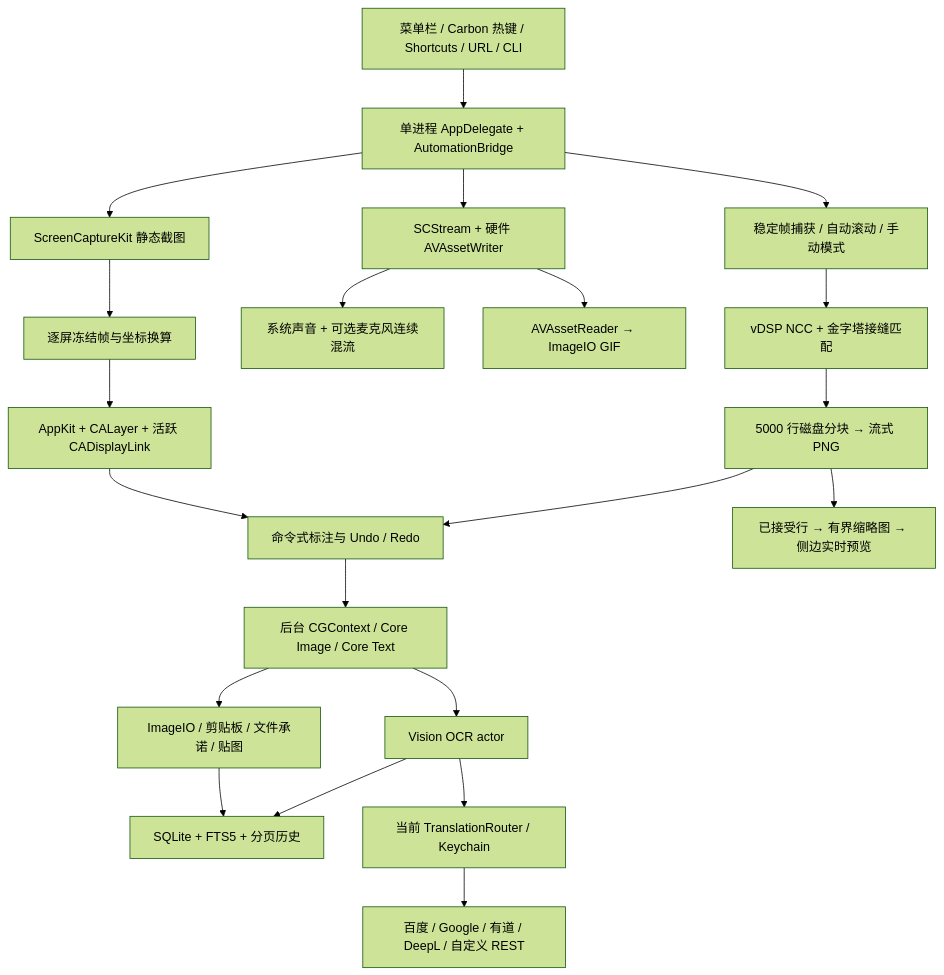
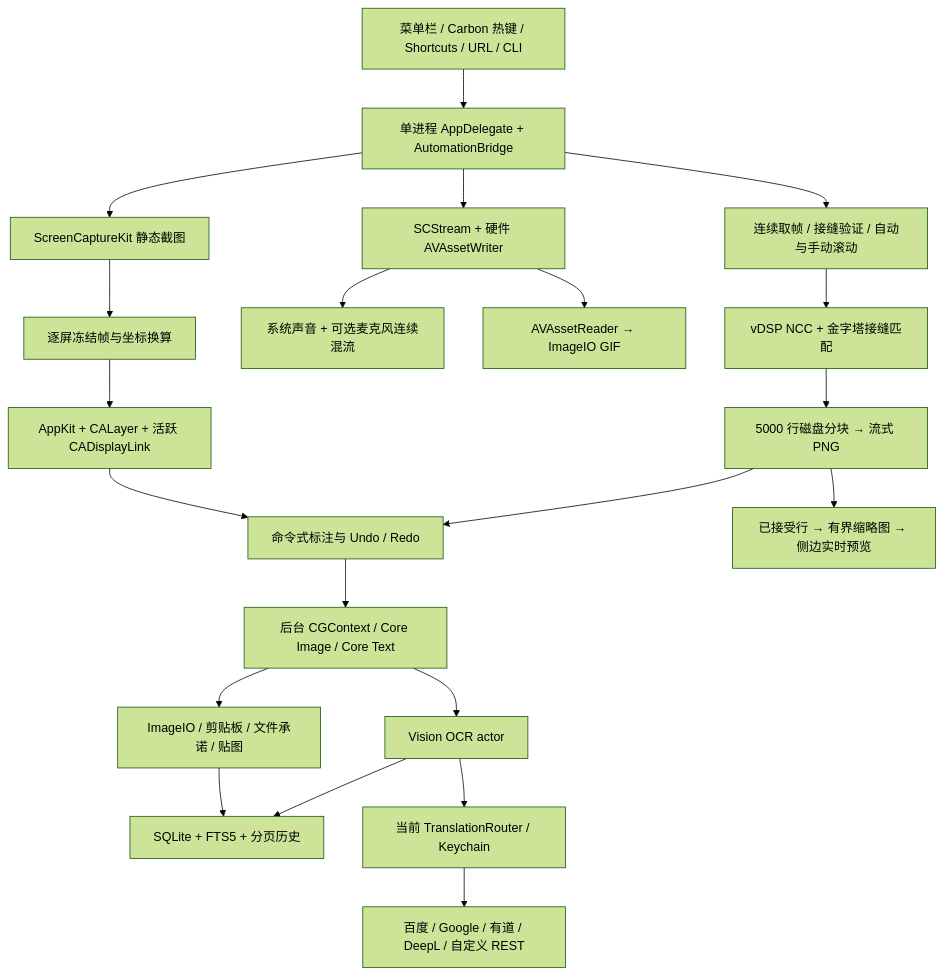
Before and after one commit to baogutang/niko-shot: the diagram in README.md, drawn with Mermaid (forest theme). The commit also changed other lines of this file and 27 other files, not shown here.

````diff
--- a/README.md
+++ b/README.md
@@ -214,23 +214,23 @@
 ```mermaid
 flowchart TD
     Entry[菜单栏 / Carbon 热键 / Shortcuts / URL / CLI] --> App[单进程 AppDelegate + AutomationBridge]
     App --> Capture[ScreenCaptureKit 静态截图]
     Capture --> Frozen[逐屏冻结帧与坐标换算]
     Frozen --> Selection[AppKit + CALayer + 活跃 CADisplayLink]
     Selection --> Document[命令式标注与 Undo / Redo]
     Document --> Render[后台 CGContext / Core Image / Core Text]
     Render --> Output[ImageIO / 剪贴板 / 文件承诺 / 贴图]
     Output --> History[SQLite + FTS5 + 分页历史]
     Render --> OCR[Vision OCR actor]
     OCR --> History
     OCR --> Router[当前 TranslationRouter / Keychain]
     Router --> REST[百度 / Google / 有道 / DeepL / 自定义 REST]
     App --> Video[SCStream + 硬件 AVAssetWriter]
     Video --> Audio[系统声音 + 可选麦克风连续混流]
     Video --> GIF[AVAssetReader → ImageIO GIF]
-    App --> Scroll[稳定帧捕获 / 自动滚动 / 手动模式]
+    App --> Scroll[连续取帧 / 接缝验证 / 自动与手动滚动]
     Scroll --> NCC[vDSP NCC + 金字塔接缝匹配]
     NCC --> Chunks[5000 行磁盘分块 → 流式 PNG]
     Chunks --> Preview[已接受行 → 有界缩略图 → 侧边实时预览]
     Chunks --> Document
 ```
````
